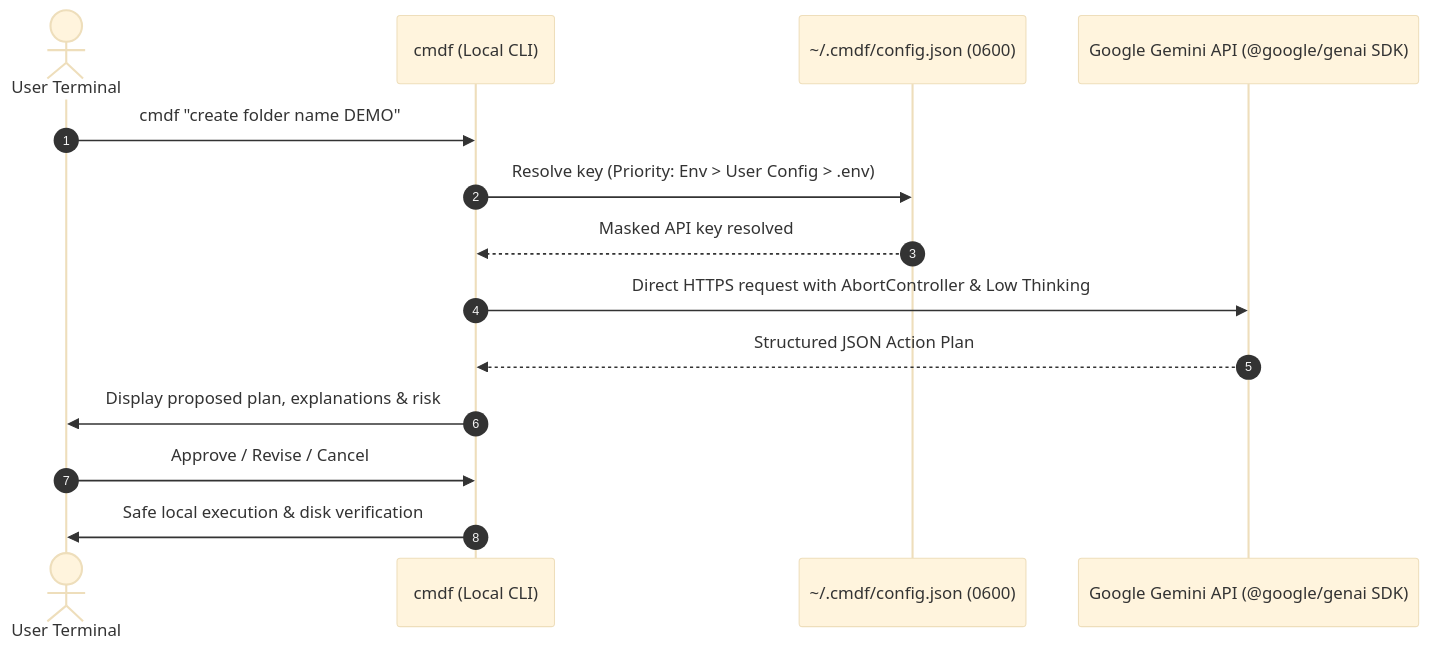
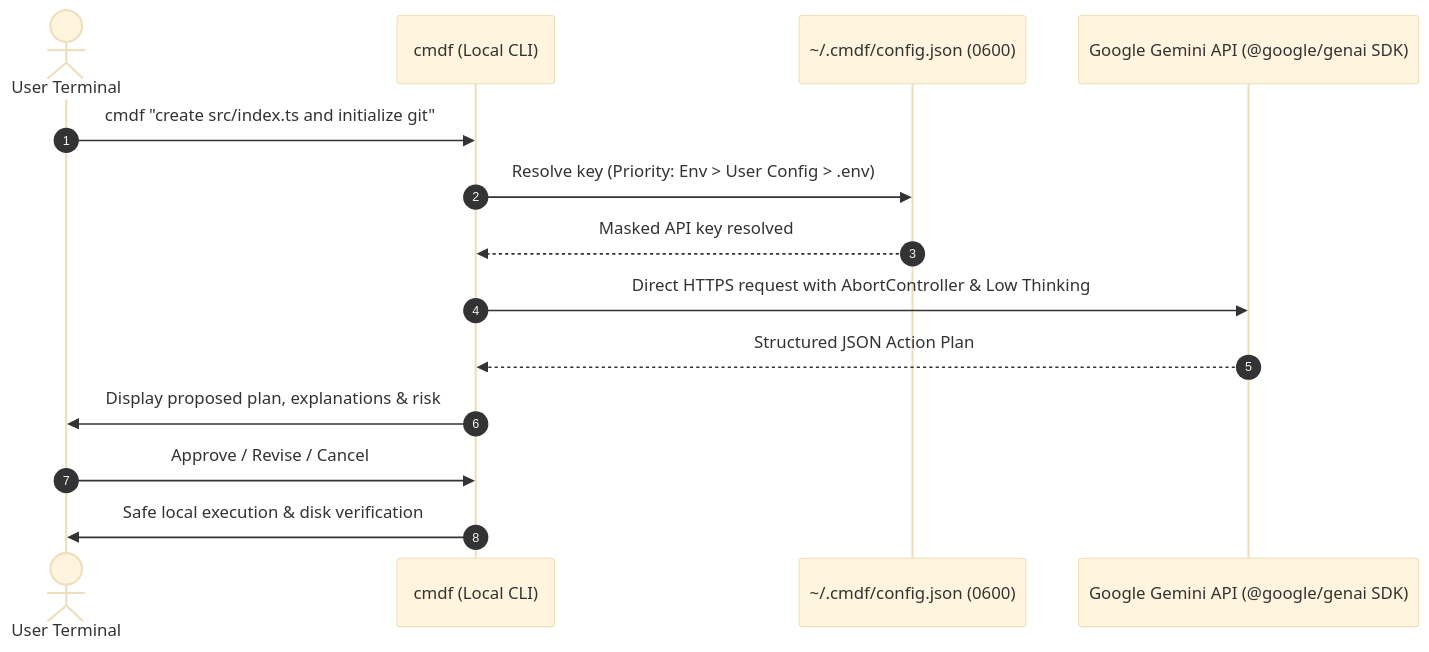
The diagram in README.md (prashantxdev/cmdf), drawn with Mermaid (base theme) before and after one commit. The commit also changed other lines of this file, not shown here.

````diff
--- a/README.md
+++ b/README.md
@@ -119,17 +66,17 @@
 ```mermaid
 sequenceDiagram
     autonumber
     actor User as User Terminal
     participant CLI as cmdf (Local CLI)
     participant Config as ~/.cmdf/config.json (0600)
     participant Google as Google Gemini API (@google/genai SDK)
 
-    User->>CLI: cmdf "create folder name DEMO"
+    User->>CLI: cmdf "create src/index.ts and initialize git"
     CLI->>Config: Resolve key (Priority: Env > User Config > .env)
     Config-->>CLI: Masked API key resolved
     CLI->>Google: Direct HTTPS request with AbortController & Low Thinking
     Google-->>CLI: Structured JSON Action Plan
     CLI->>User: Display proposed plan, explanations & risk
     User->>CLI: Approve / Revise / Cancel
     CLI->>User: Safe local execution & disk verification
 ```
````
